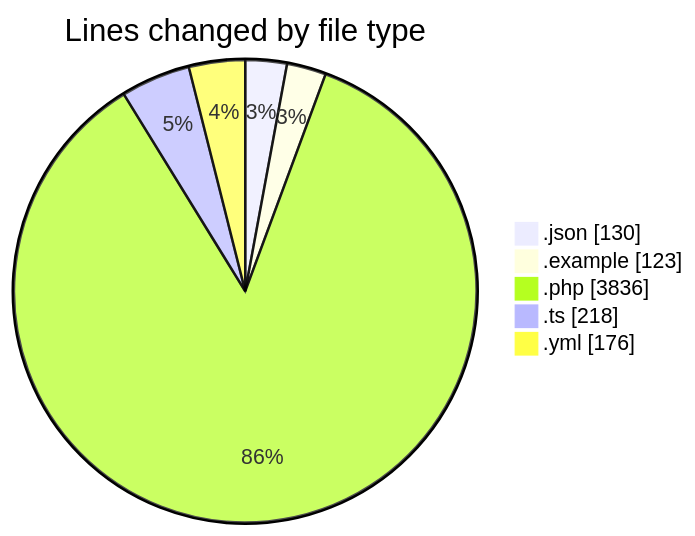
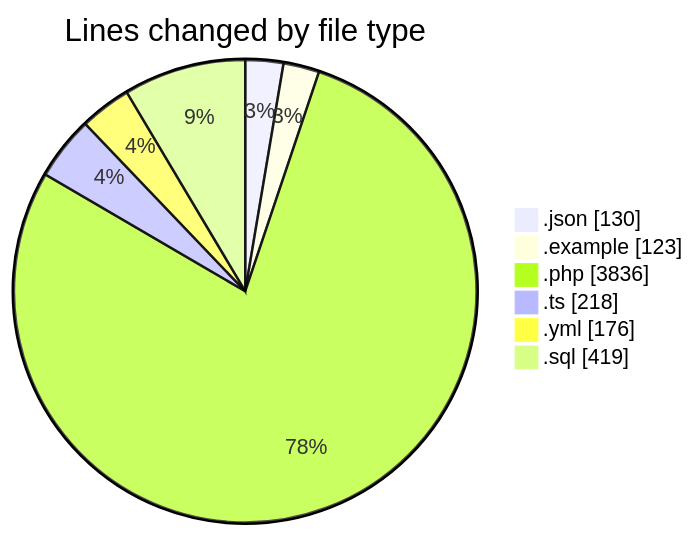
Before and after one commit to lephambinh05/code-tracking: the first of 2 diagrams in 2025-07-10/shopaccv1/README.md, drawn with Mermaid. The commit also changed other lines of this file and 1 other file, not shown here.

````diff
--- a/2025-07-10/shopaccv1/README.md
+++ b/2025-07-10/shopaccv1/README.md
@@ -61,9 +62,10 @@
 ```mermaid
 pie showData
 title Lines changed by file type
 ".json" : 130
 ".example" : 123
 ".php" : 3836
 ".ts" : 218
 ".yml" : 176
+".sql" : 419
 ```
````
